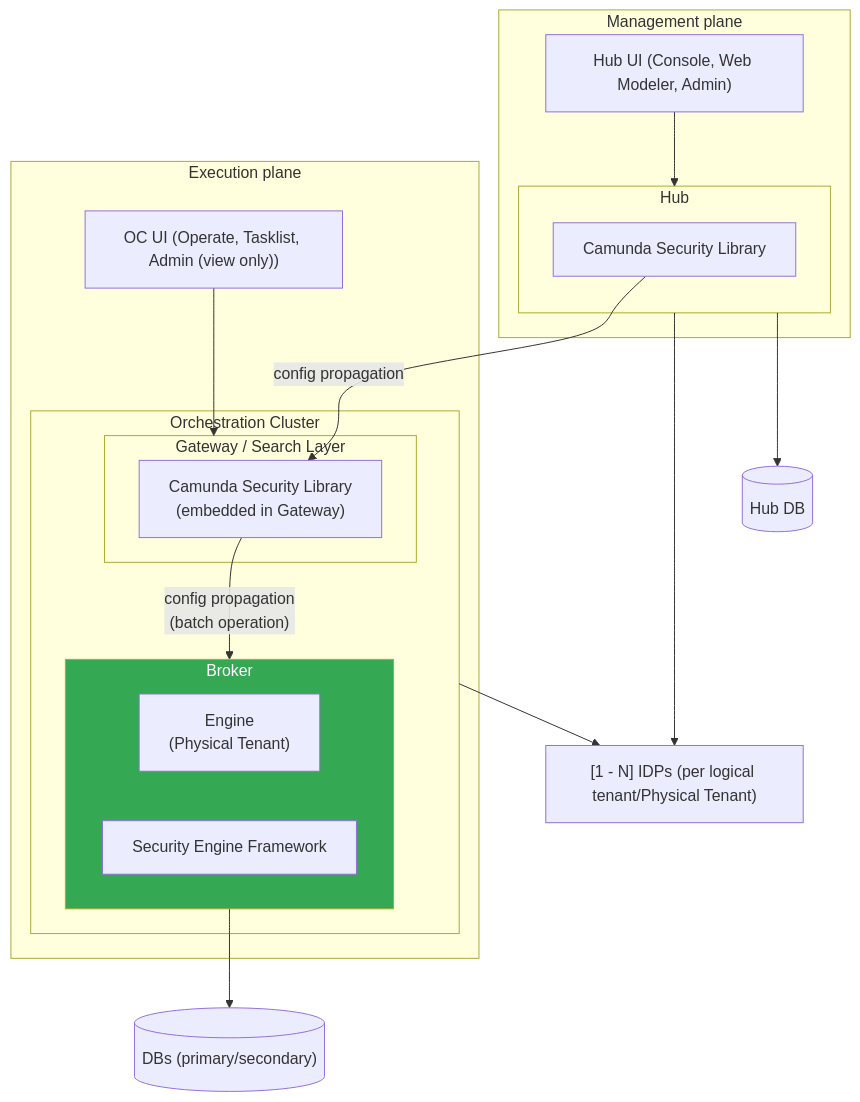
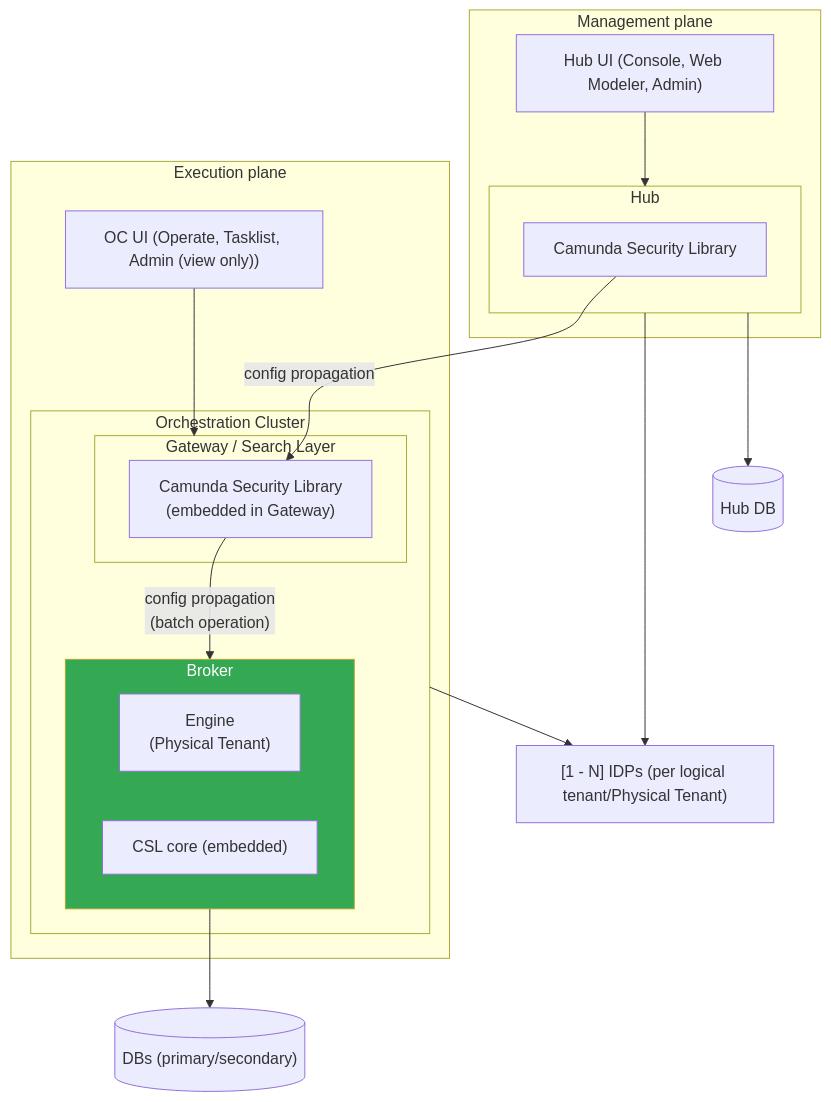
Before and after one commit to camunda/camunda-security-library: the first of 8 diagrams in docs/architecture/05-building-block-view.md, drawn with Mermaid. The commit also changed other lines of this file and 7 other files, not shown here.

First line of the commit message:
docs: replace Security Engine Framework with CSL core and mark the unified read path delivered

````diff
--- a/docs/architecture/05-building-block-view.md
+++ b/docs/architecture/05-building-block-view.md
@@ -15,42 +15,42 @@
 ```mermaid
 flowchart TB
   subgraph Mgmt["Management plane"]
     HubUi["Hub UI (Console, Web Modeler, Admin)"]
 
     subgraph Hub["Hub"]
       SecGatHub["Camunda Security Library"]
     end
 
     HubUi --> Hub
   end
 
   subgraph Execution["Execution plane"]
     OcUi["OC UI (Operate, Tasklist, Admin (view only))"]
 
     subgraph OC["Orchestration Cluster"]
       subgraph GatewayLayer["Gateway / Search Layer"]
         SecGatOC["Camunda Security Library</br>(embedded in Gateway)"]
       end
 
       subgraph Broker["Broker"]
         Engine["Engine</br>(Physical Tenant)"]
-        SecEngFrame["Security Engine Framework"]
+        SecEngFrame["CSL core (embedded)"]
       end
 
       SecGatOC -->|"config propagation</br>(batch operation)"| Broker
     end
 
     OcUi --> GatewayLayer
   end
 
   IdPs["[1 - N] IDPs (per logical tenant/Physical Tenant)"]
   DBs[("DBs (primary/secondary)")]
   HubDb[("Hub DB")]
 
   SecGatHub -->|"config propagation"| SecGatOC
   Broker --> DBs
   OC & Hub --> IdPs
   Hub --> HubDb
 
   style Broker fill:#34a853,color:#fff
 ```
````
